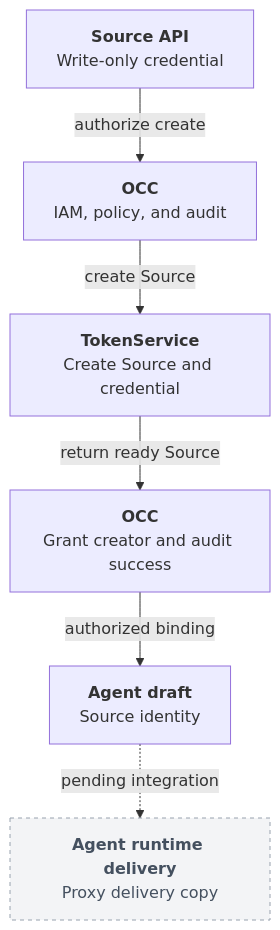
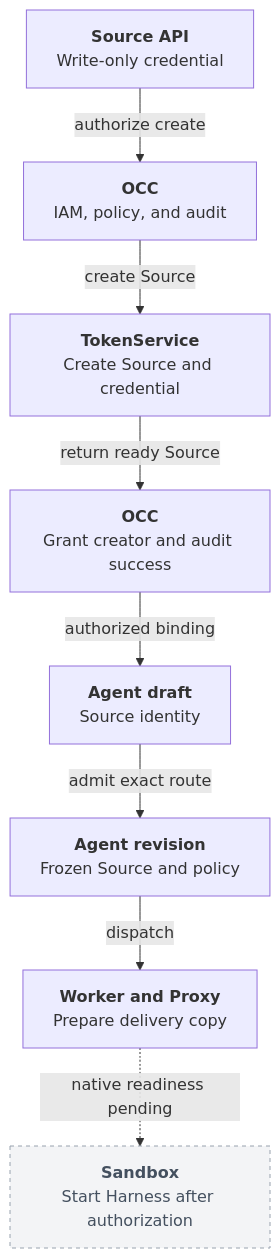
The diagram in docs/flows/credential-source-lifecycle.md (openclaw/openclaw-enterprise), drawn with Mermaid before and after one commit. The commit also changed other lines of this file and 68 other files, not shown here.

````diff
--- a/docs/flows/credential-source-lifecycle.md
+++ b/docs/flows/credential-source-lifecycle.md
@@ -23,10 +23,12 @@
 ```mermaid
 graph TD
   API["<b>Source API</b><br/>Write-only credential"] -->|authorize create| OCC["<b>OCC</b><br/>IAM, policy, and audit"]
   OCC -->|create Source| Owner["<b>TokenService</b><br/>Create Source and credential"]
   Owner -->|return ready Source| Grants["<b>OCC</b><br/>Grant creator and audit success"]
   Grants -->|authorized binding| Draft["<b>Agent draft</b><br/>Source identity"]
-  Draft -. pending integration .-> Delivery["<b>Agent runtime delivery</b><br/>Proxy delivery copy"]
+  Draft -->|admit exact route| Revision["<b>Agent revision</b><br/>Frozen Source and policy"]
+  Revision -->|dispatch| Delivery["<b>Worker and Proxy</b><br/>Prepare delivery copy"]
+  Delivery -. native readiness pending .-> Start["<b>Sandbox</b><br/>Start Harness after authorization"]
   classDef pending fill:#F3F4F6,stroke:#98A2AE,color:#44505F,stroke-dasharray:4 4
-  class Delivery pending
+  class Start pending
 ```
````
